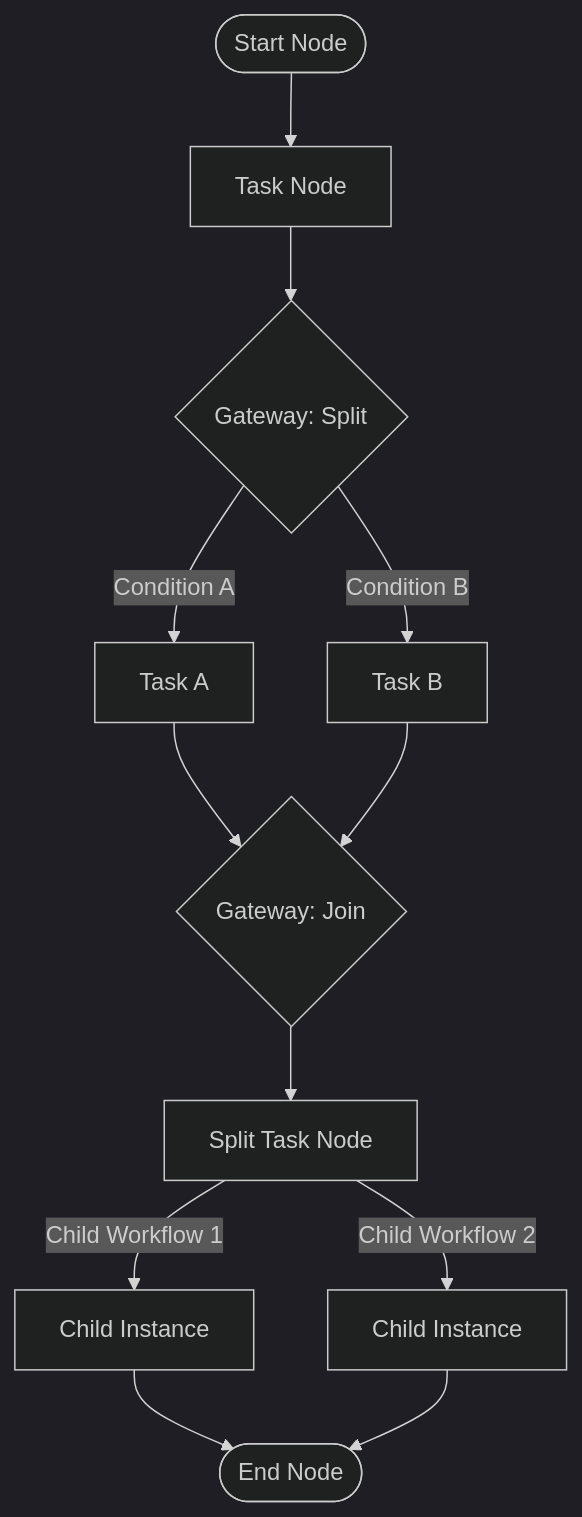
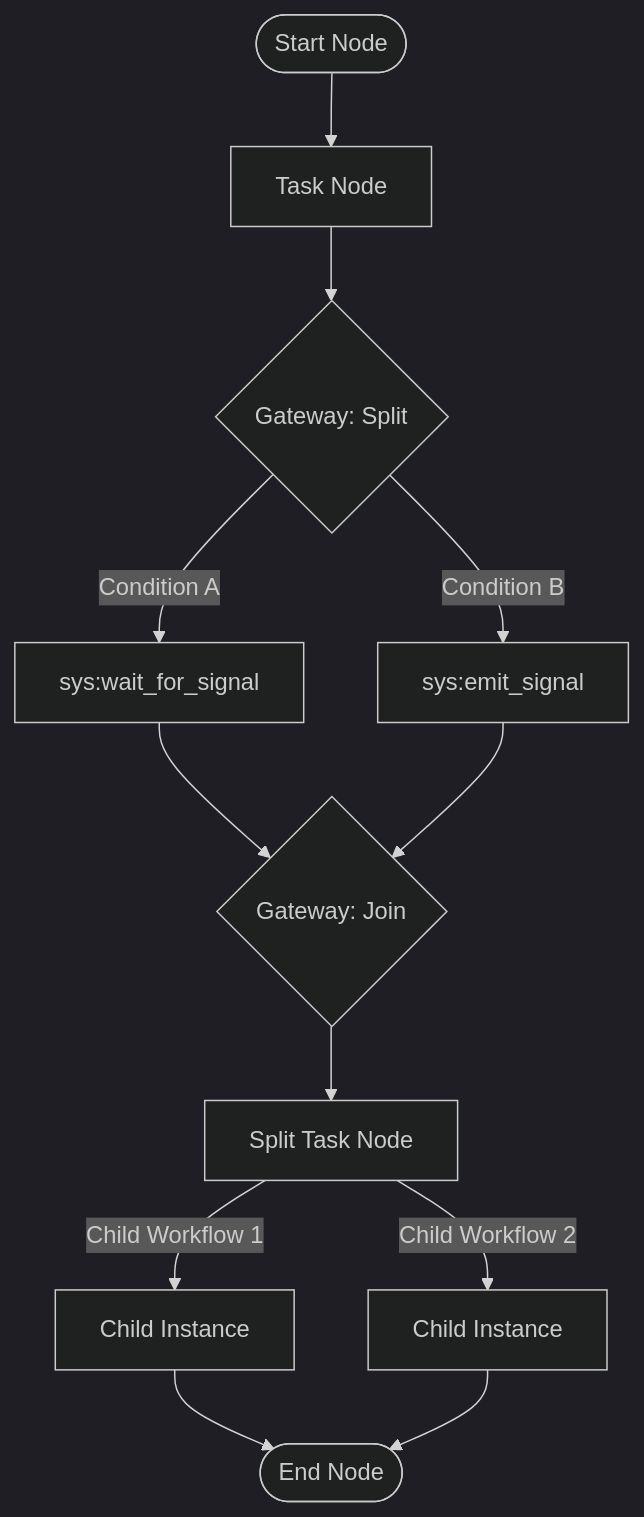
One commit to OpenNSW/go-temporal-workflow changed the diagram in README.md. Above: the diagram before and after it, drawn with Mermaid (dark theme). The commit also changed other lines of this file and 4 other files, not shown here.

````diff
--- a/README.md
+++ b/README.md
@@ -23,14 +23,14 @@
 ```mermaid
 graph TD
     Start([Start Node]) --> Task1[Task Node]
     Task1 --> Gate1{Gateway: Split}
-    Gate1 -->|Condition A| TaskA[Task A]
-    Gate1 -->|Condition B| TaskB[Task B]
+    Gate1 -->|Condition A| TaskA[sys:wait_for_signal]
+    Gate1 -->|Condition B| TaskB[sys:emit_signal]
     TaskA --> Gate2{Gateway: Join}
     TaskB --> Gate2
     Gate2 --> Split1[Split Task Node]
     Split1 -->|Child Workflow 1| Child1[Child Instance]
     Split1 -->|Child Workflow 2| Child2[Child Instance]
     Child1 --> End([End Node])
     Child2 --> End
 ```
````
